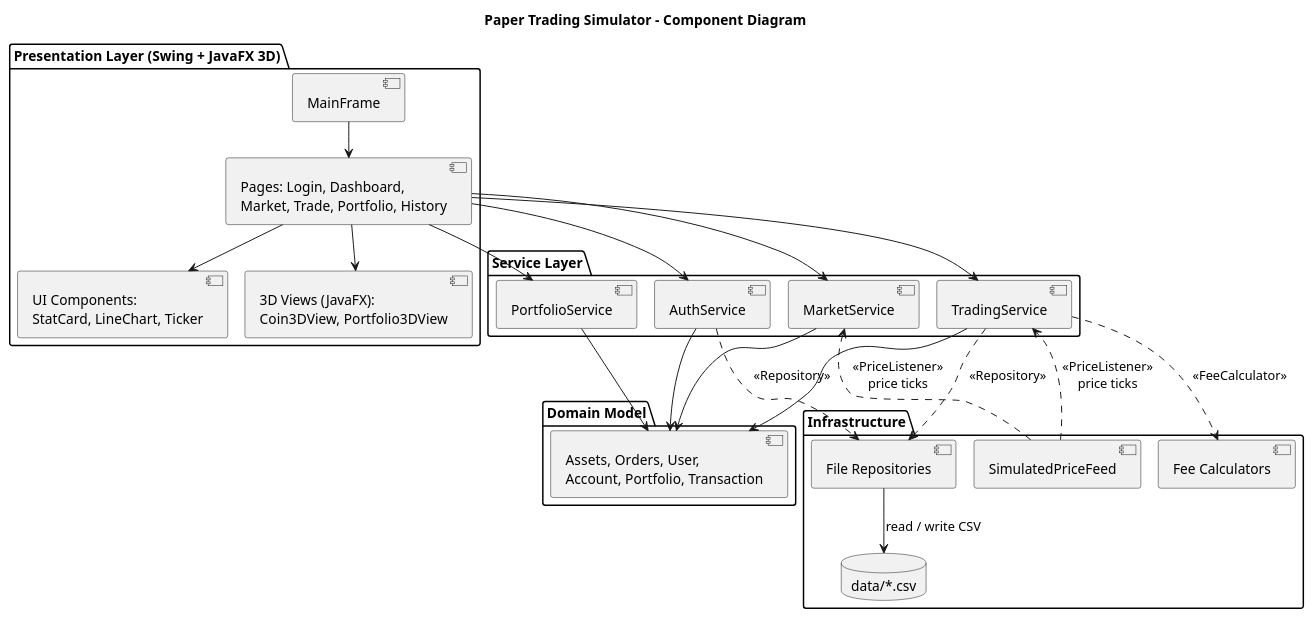
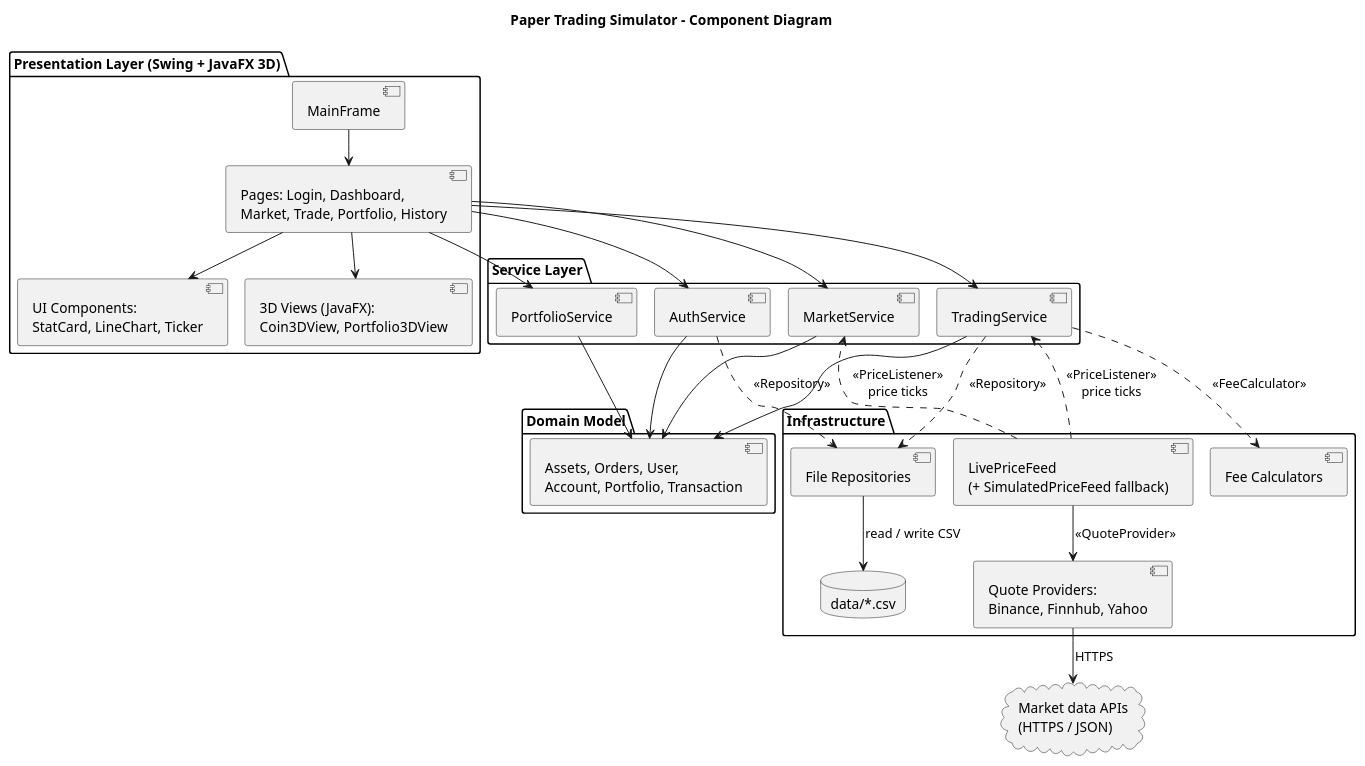
The diagram in docs/uml/component-diagram.puml (Aarav471471/Finance-paper-trading-simulator), drawn with PlantUML before and after one commit. The commit also changed 11 other files, not shown here.

First line of the commit message:
Spiral loop 5: update SRS, UML and docs for real market data

```diff
--- a/docs/uml/component-diagram.puml
+++ b/docs/uml/component-diagram.puml
@@ -1,50 +1,54 @@
 @startuml component-diagram
 !pragma layout smetana
 title Paper Trading Simulator - Component Diagram
 skinparam shadowing false
 
 package "Presentation Layer (Swing + JavaFX 3D)" {
   [MainFrame] as MF
   [Pages: Login, Dashboard,\nMarket, Trade, Portfolio, History] as Pages
   [UI Components:\nStatCard, LineChart, Ticker] as Comp
   [3D Views (JavaFX):\nCoin3DView, Portfolio3DView] as ThreeD
 }
 
 package "Service Layer" {
   [AuthService] as Auth
   [TradingService] as Trading
   [MarketService] as Market
   [PortfolioService] as PortSvc
 }
 
 package "Domain Model" {
   [Assets, Orders, User,\nAccount, Portfolio, Transaction] as Model
 }
 
 package "Infrastructure" {
-  [SimulatedPriceFeed] as Feed
+  [LivePriceFeed\n(+ SimulatedPriceFeed fallback)] as Feed
+  [Quote Providers:\nBinance, Finnhub, Yahoo] as Providers
   [Fee Calculators] as Fees
   [File Repositories] as Repo
   database "data/*.csv" as Files
 }
 
 MF --> Pages
 Pages --> Comp
 Pages --> ThreeD
 Pages --> Auth
 Pages --> Trading
 Pages --> Market
 Pages --> PortSvc
 
 Auth --> Model
 Trading --> Model
 PortSvc --> Model
 Market --> Model
 
 Trading ..> Fees : <<FeeCalculator>>
 Trading ..> Repo : <<Repository>>
 Auth ..> Repo : <<Repository>>
 Repo --> Files : read / write CSV
+Feed --> Providers : <<QuoteProvider>>
+cloud "Market data APIs\n(HTTPS / JSON)" as Internet
+Providers --> Internet : HTTPS
 Feed ..> Market : <<PriceListener>>\nprice ticks
 Feed ..> Trading : <<PriceListener>>\nprice ticks
 @enduml
```
